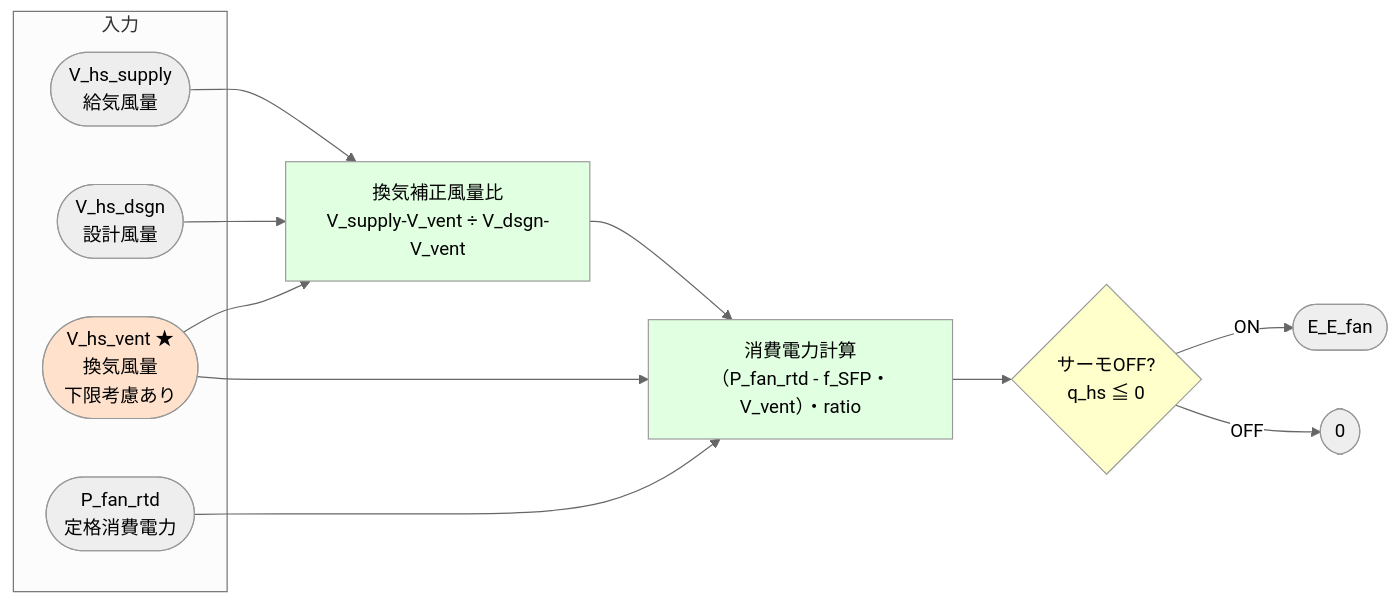
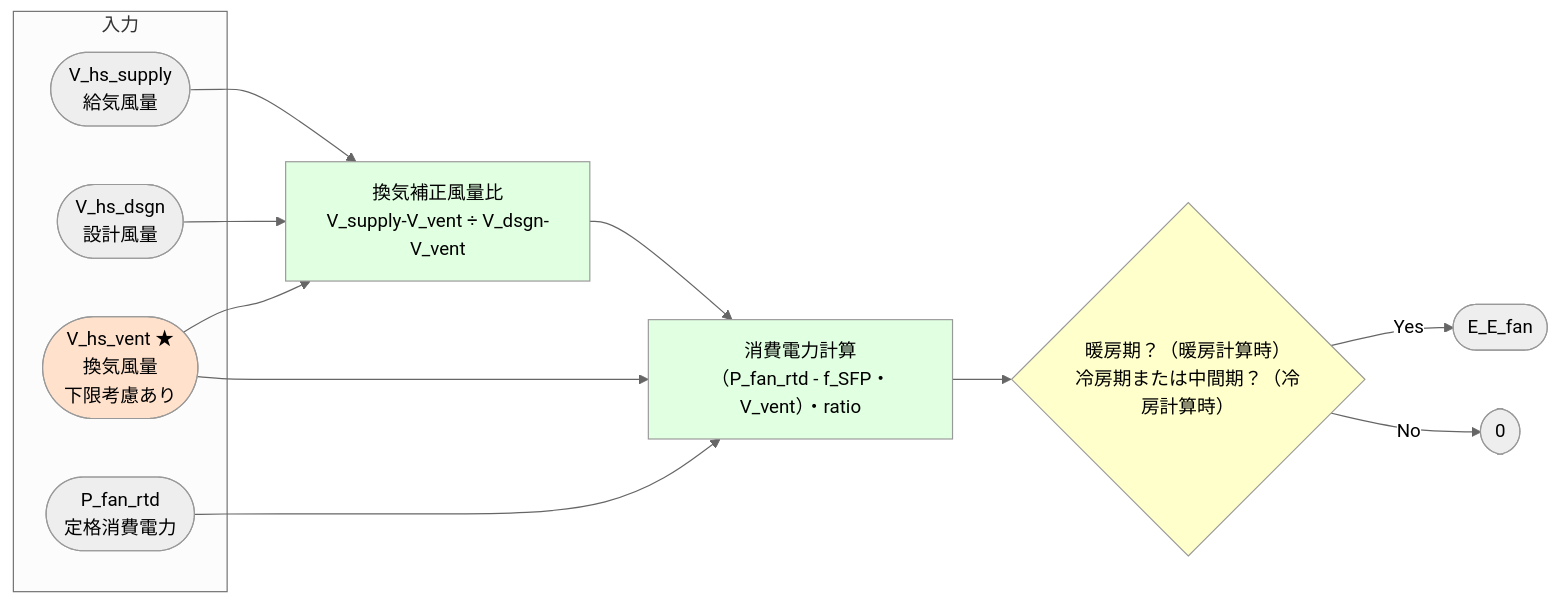
The sixth of 7 diagrams in docs/最低風量_最低電力_直接入力.md (iguchi-lab/Verification-Platform-Next), drawn with Mermaid (neutral theme) before and after one commit. The commit also changed other lines of this file, not shown here.

````diff
--- a/docs/最低風量_最低電力_直接入力.md
+++ b/docs/最低風量_最低電力_直接入力.md
@@ -215,27 +201,27 @@
 ```mermaid
 flowchart LR
 
 subgraph 入力
     V([V_hs_supply<br/>給気風量])
     V_dsgn([V_hs_dsgn<br/>設計風量])
     V_vent([V_hs_vent ★<br/>換気風量<br/>下限考慮あり])
     P([P_fan_rtd<br/>定格消費電力])
 end
 
 V --> Ratio[換気補正風量比<br/>V_supply-V_vent ÷ V_dsgn-V_vent ]
 V_dsgn --> Ratio
 V_vent --> Ratio
 
 Ratio --> Power[消費電力計算<br/>（P_fan_rtd - f_SFP・V_vent）・ratio]
 P --> Power
 V_vent --> Power
 
-Power --> Check{サーモOFF?<br/>q_hs ≦ 0}
-Check -->|ON| Result([E_E_fan])
-Check -->|OFF| Zero([0])
+Power --> Check{暖房期？（暖房計算時）<br/>冷房期または中間期？（冷房計算時）}
+Check -->|Yes| Result([E_E_fan])
+Check -->|No| Zero([0])
 
 style Ratio fill:#e1ffe1
 style Power fill:#e1ffe1
 style Check fill:#ffffcc
 style V_vent fill:#ffe1cc
 ```
````
